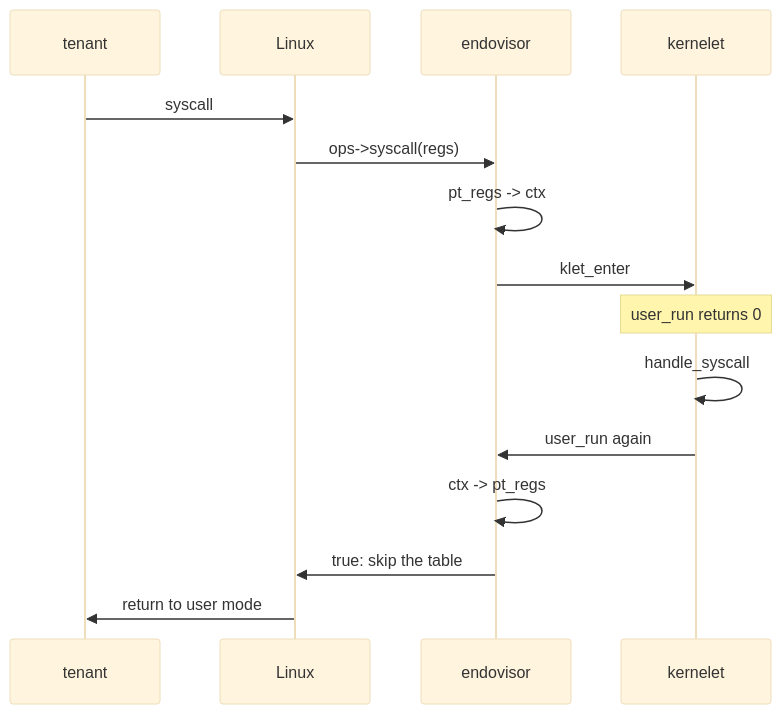
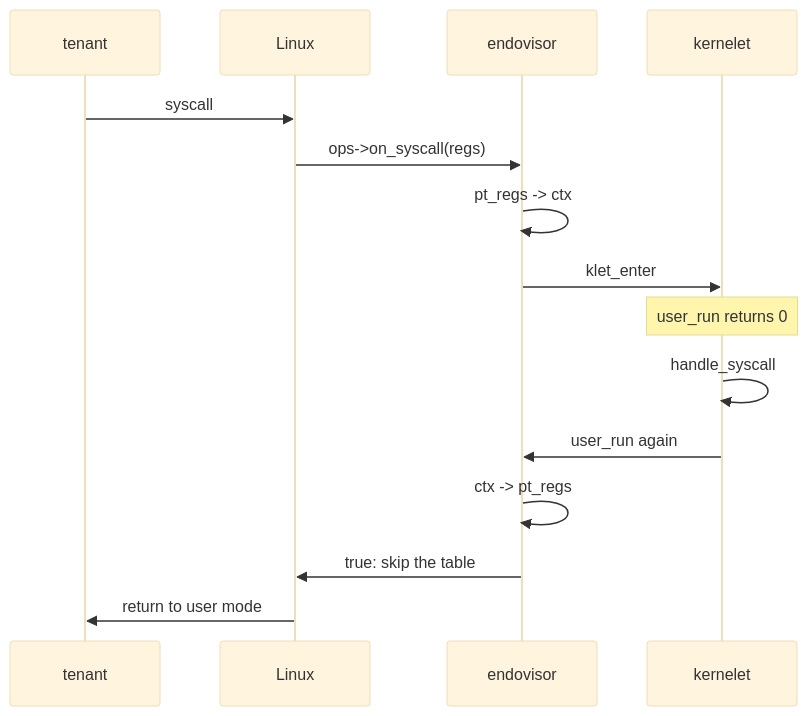
Before and after one commit to Plucky923/kernelet: the diagram in src/into-user-mode-and-back.md, drawn with Mermaid (base theme). The commit also changed 3 other files, not shown here.

````diff
--- a/src/into-user-mode-and-back.md
+++ b/src/into-user-mode-and-back.md
@@ -130,17 +130,17 @@
 ```mermaid
 sequenceDiagram
     participant U as tenant
     participant L as Linux
     participant E as endovisor
     participant K as kernelet
     U->>L: syscall
-    L->>E: ops->syscall(regs)
+    L->>E: ops->on_syscall(regs)
     E->>E: pt_regs -> ctx
     E->>K: klet_enter
     Note over K: user_run returns 0
     K->>K: handle_syscall
     K->>E: user_run again
     E->>E: ctx -> pt_regs
     E->>L: true: skip the table
     L->>U: return to user mode
 ```
````
